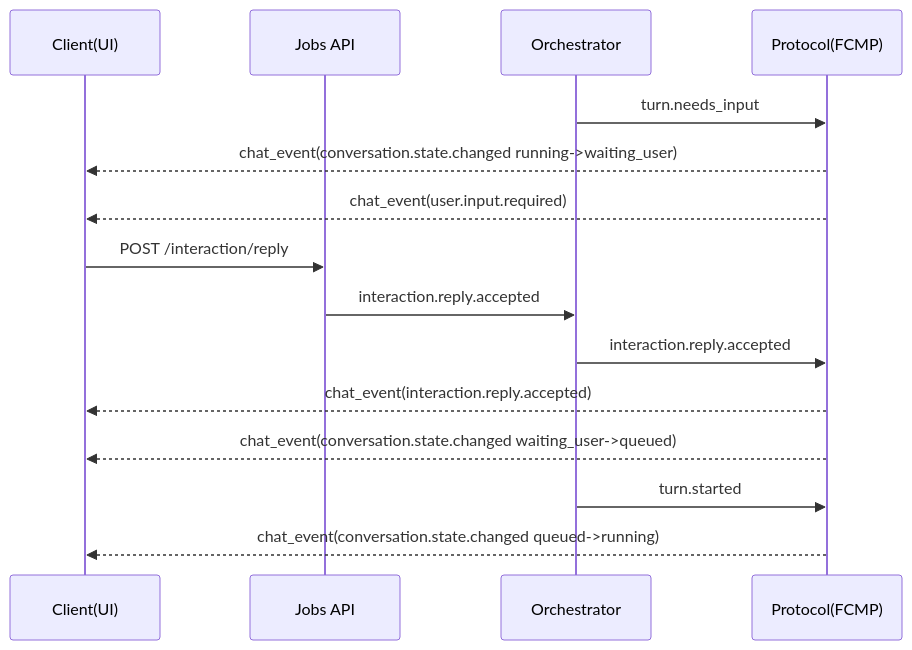
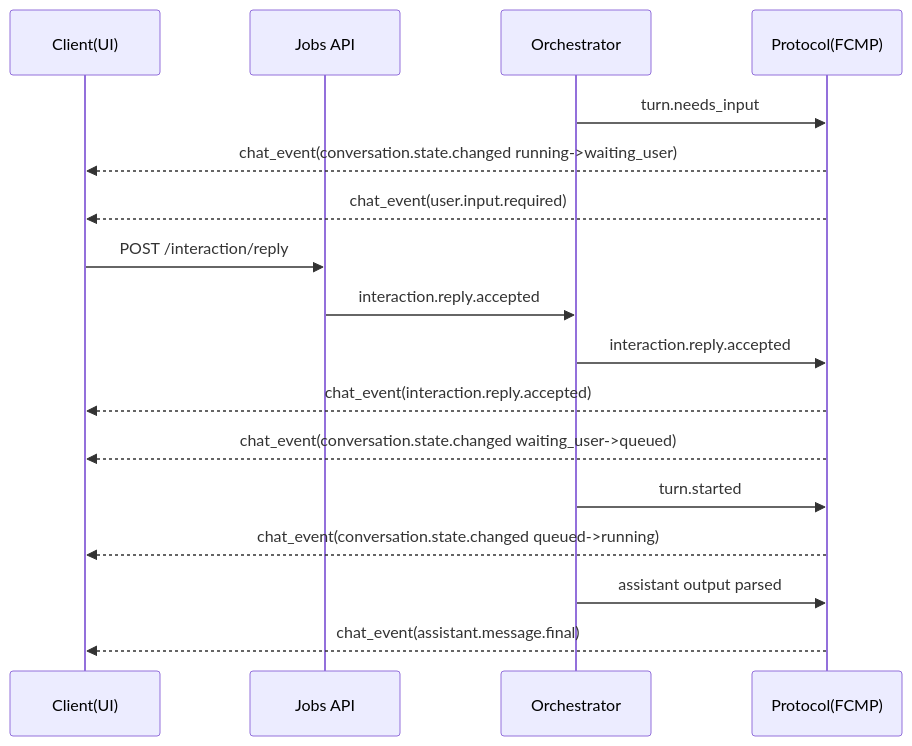
One commit to leike0813/Skill-Runner changed the second of 4 diagrams in docs/session_event_flow_sequence_fcmp.md. Above: the diagram before and after it, drawn with Mermaid. The commit also changed other lines of this file and 102 other files, not shown here.

````diff
--- a/docs/session_event_flow_sequence_fcmp.md
+++ b/docs/session_event_flow_sequence_fcmp.md
@@ -40,20 +40,22 @@
 ```mermaid
 sequenceDiagram
     participant C as Client(UI)
     participant API as Jobs API
     participant O as Orchestrator
     participant P as Protocol(FCMP)
 
     O->>P: turn.needs_input
     P-->>C: chat_event(conversation.state.changed running->waiting_user)
     P-->>C: chat_event(user.input.required)
 
     C->>API: POST /interaction/reply
     API->>O: interaction.reply.accepted
     O->>P: interaction.reply.accepted
     P-->>C: chat_event(interaction.reply.accepted)
     P-->>C: chat_event(conversation.state.changed waiting_user->queued)
 
     O->>P: turn.started
     P-->>C: chat_event(conversation.state.changed queued->running)
+    O->>P: assistant output parsed
+    P-->>C: chat_event(assistant.message.final)
 ```
````
